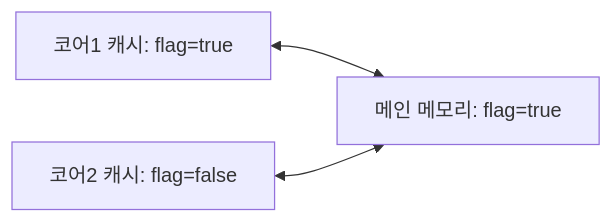
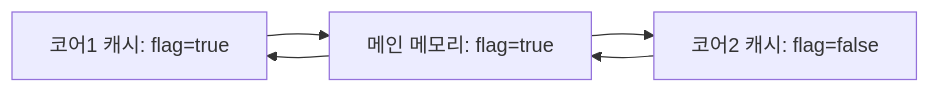
One commit to yjkim2015/yjkim2015.github.io changed the sixth of 17 diagrams in _posts/java/2026-05-01-java-thread.md. Above: the diagram before and after it, drawn with Mermaid. The commit also changed other lines of this file and 38 other files, not shown here.

First line of the commit message:
Mermaid 파싱 에러 최종 수정 + 화살표 간격 확대

````diff
--- a/_posts/java/2026-05-01-java-thread.md
+++ b/_posts/java/2026-05-01-java-thread.md
@@ -391,8 +392,10 @@
 ```mermaid
 graph LR
   F1["코어1 캐시: flag=true"]
   F2["코어2 캐시: flag=false"]
   MM["메인 메모리: flag=true"]
-  F1 <--> MM
-  F2 <--> MM
+  F1 --> MM
+  MM --> F1
+  F2 --> MM
+  MM --> F2
 ```
````
